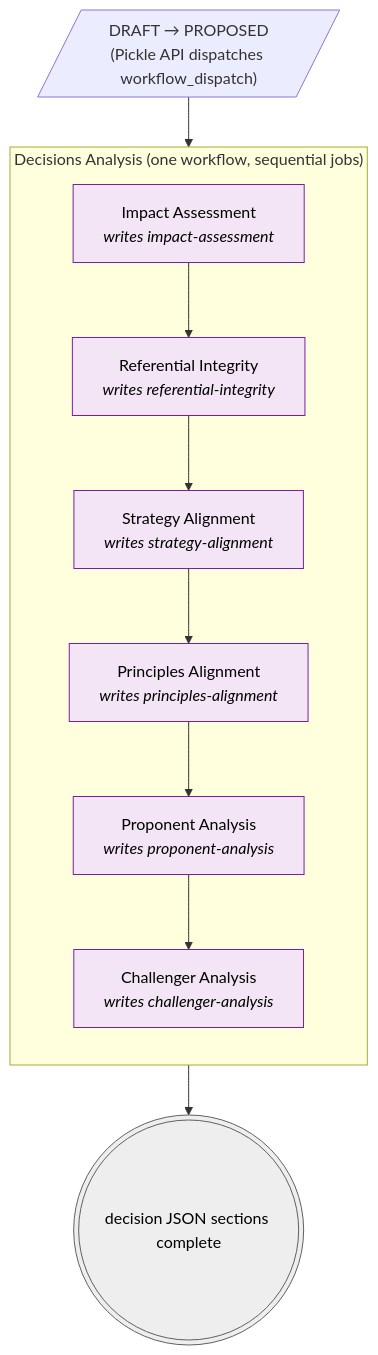
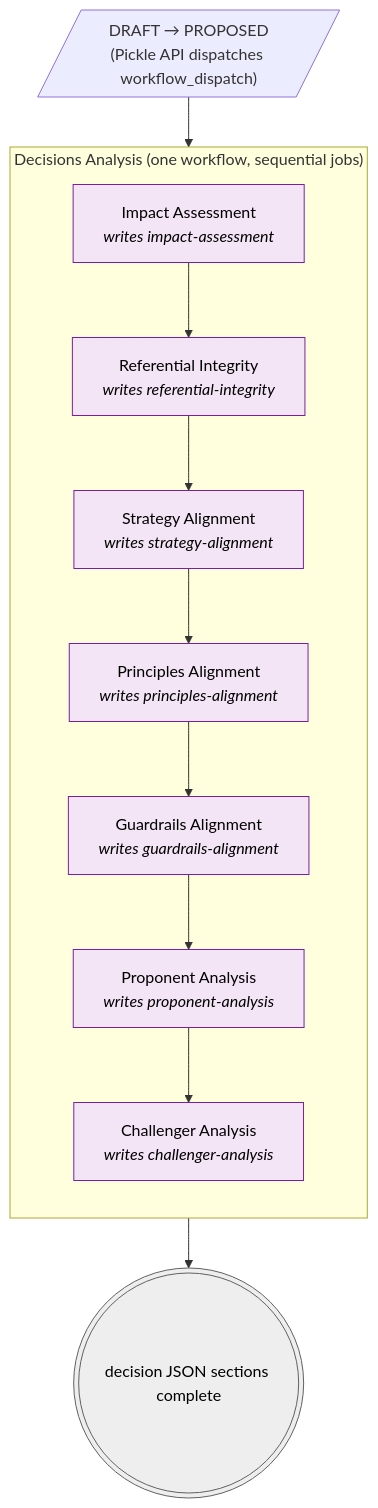
The diagram in docs/workflows/decisions-analysis.md (dan-eastley/pickle), drawn with Mermaid before and after one commit. The commit also changed other lines of this file and 18 other files, not shown here.

First line of the commit message:
Add Guardrails Alignment analysis step; matrix column labels; fix related-artefact relationships

````diff
--- a/docs/workflows/decisions-analysis.md
+++ b/docs/workflows/decisions-analysis.md
@@ -36,21 +36,22 @@
 ```mermaid
 flowchart TD
     Trigger[/"DRAFT → PROPOSED<br/>(Pickle API dispatches workflow_dispatch)"/]
     Trigger --> Pipeline
 
     subgraph Pipeline["Decisions Analysis (one workflow, sequential jobs)"]
       direction TB
       IA["Impact Assessment<br/><i>writes impact-assessment</i>"]:::ai
       RI["Referential Integrity<br/><i>writes referential-integrity</i>"]:::ai
       SA["Strategy Alignment<br/><i>writes strategy-alignment</i>"]:::ai
       PA["Principles Alignment<br/><i>writes principles-alignment</i>"]:::ai
+      GA["Guardrails Alignment<br/><i>writes guardrails-alignment</i>"]:::ai
       PR["Proponent Analysis<br/><i>writes proponent-analysis</i>"]:::ai
       CH["Challenger Analysis<br/><i>writes challenger-analysis</i>"]:::ai
-      IA --> RI --> SA --> PA --> PR --> CH
+      IA --> RI --> SA --> PA --> GA --> PR --> CH
     end
 
     CH --> Done(((decision JSON sections complete))):::term
 
     classDef ai fill:#f3e5f5,stroke:#7b1fa2,color:#000
     classDef term fill:#eeeeee,stroke:#616161,color:#000
 ```
````
